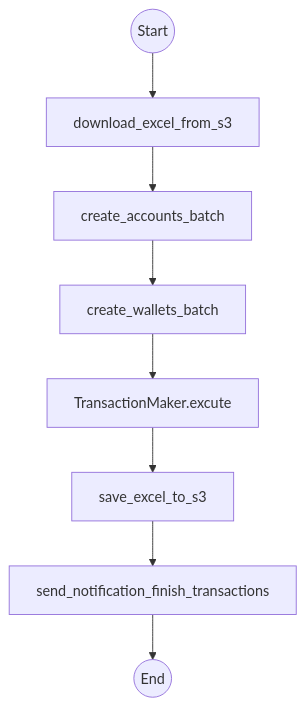
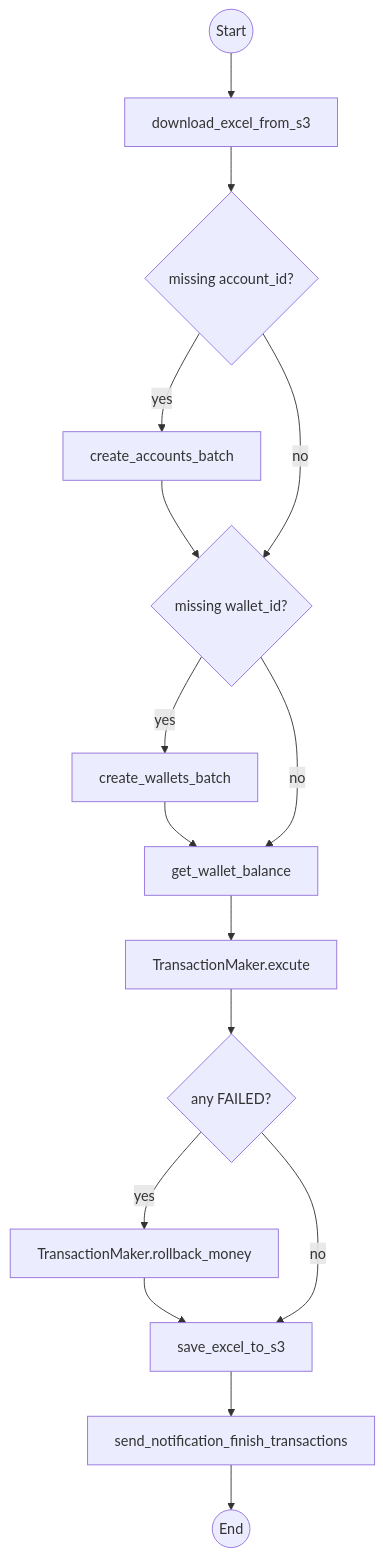
The second of 2 diagrams in README.md (SergioRamirez94/payment-batch-proceso), drawn with Mermaid before and after one commit.

Commit message:
Update process_message flow diagram

````diff
--- a/README.md
+++ b/README.md
@@ -64,13 +64,26 @@
 ```mermaid
 flowchart TD
     Start((Start))
     Download[download_excel_from_s3]
-    Accounts[create_accounts_batch]
-    Wallets[create_wallets_batch]
+    CheckAccounts{missing account_id?}
+    CreateAcc[create_accounts_batch]
+    CheckWallets{missing wallet_id?}
+    CreateWal[create_wallets_batch]
+    GetBalance[get_wallet_balance]
     Tx[TransactionMaker.excute]
+    Rollback{any FAILED?}
+    Roll[TransactionMaker.rollback_money]
     Save[save_excel_to_s3]
     Notify[send_notification_finish_transactions]
     End((End))
 
-    Start --> Download --> Accounts --> Wallets --> Tx --> Save --> Notify --> End
+    Start --> Download --> CheckAccounts
+    CheckAccounts -- "yes" --> CreateAcc --> CheckWallets
+    CheckAccounts -- "no" --> CheckWallets
+    CheckWallets -- "yes" --> CreateWal --> GetBalance
+    CheckWallets -- "no" --> GetBalance
+    GetBalance --> Tx --> Rollback
+    Rollback -- "yes" --> Roll --> Save
+    Rollback -- "no" --> Save
+    Save --> Notify --> End
 ```
````
